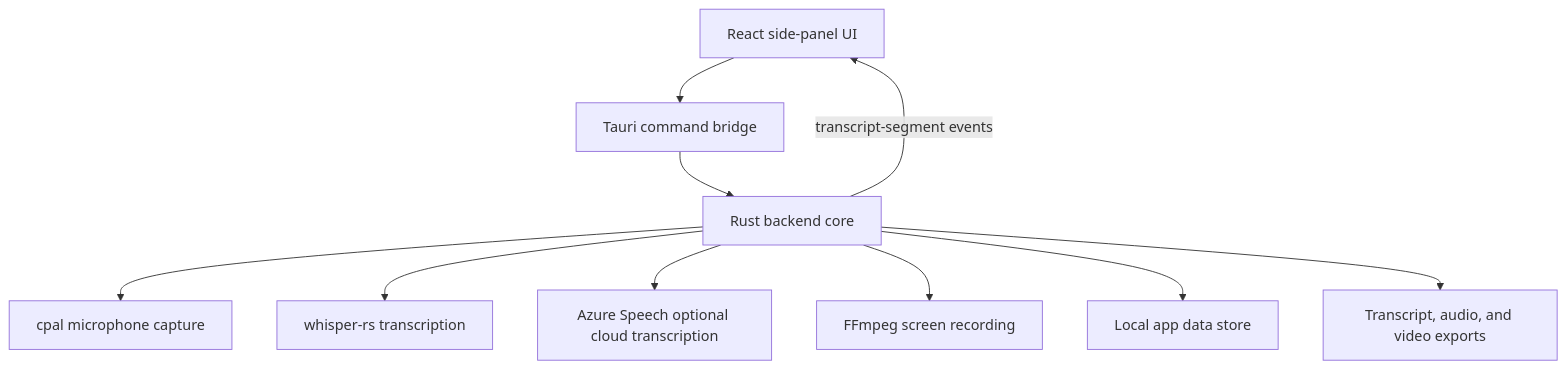
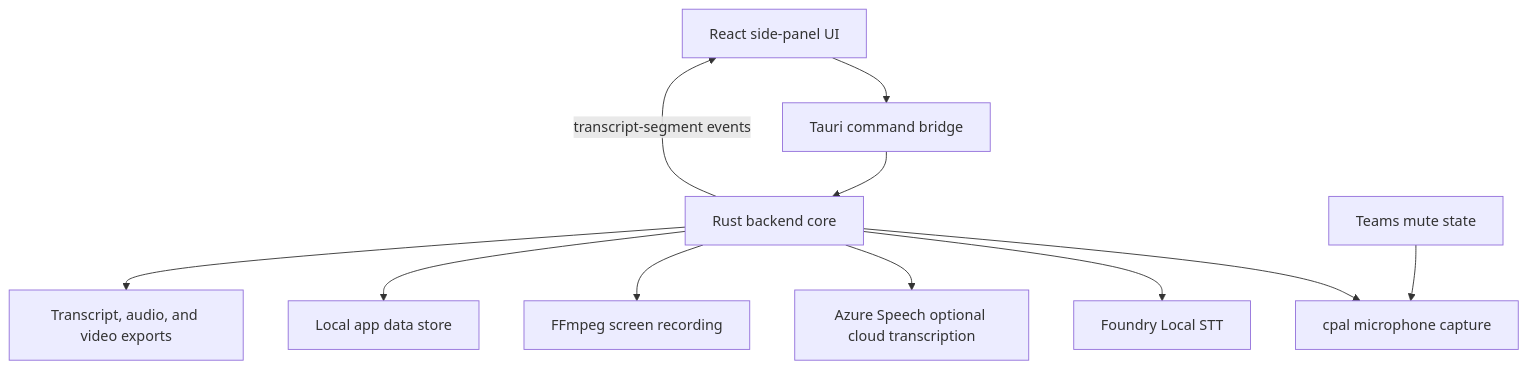
One commit to kimtth/craft-meetily-lite changed the first of 2 diagrams in Architecture.md. Above: the diagram before and after it, drawn with Mermaid. The commit also changed other lines of this file and 38 other files, not shown here.

````diff
--- a/Architecture.md
+++ b/Architecture.md
@@ -40,22 +74,24 @@
 ```mermaid
 flowchart TD
 	UI[React side-panel UI]
 	Tauri[Tauri command bridge]
 	Rust[Rust backend core]
 	Audio[cpal microphone capture]
-	Whisper[whisper-rs transcription]
+	Foundry[Foundry Local STT]
 	Azure[Azure Speech optional cloud transcription]
+	Teams[Teams mute state]
 	Screen[FFmpeg screen recording]
 	Store[Local app data store]
 	Exports[Transcript, audio, and video exports]
 
 	UI --> Tauri
 	Tauri --> Rust
 	Rust --> Audio
-	Rust --> Whisper
+	Rust --> Foundry
 	Rust --> Azure
+	Teams --> Audio
 	Rust --> Screen
 	Rust --> Store
 	Rust --> Exports
 	Rust -- transcript-segment events --> UI
 ```
````
